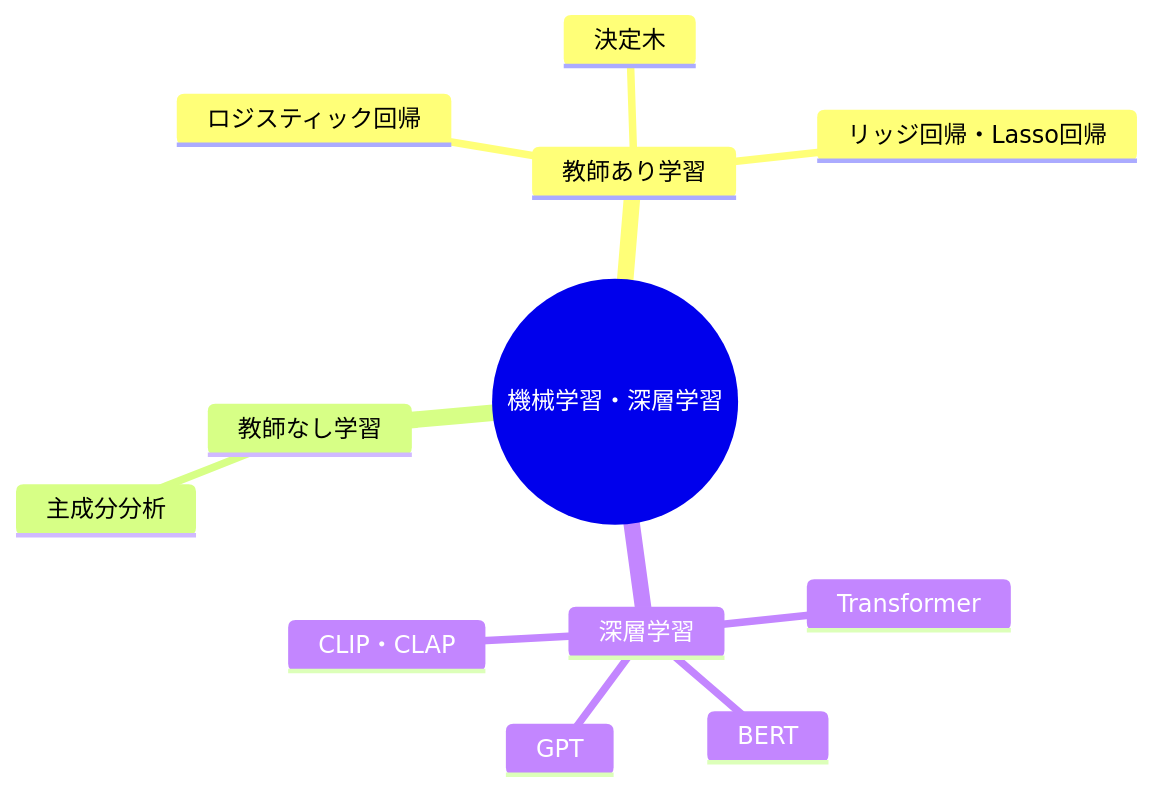
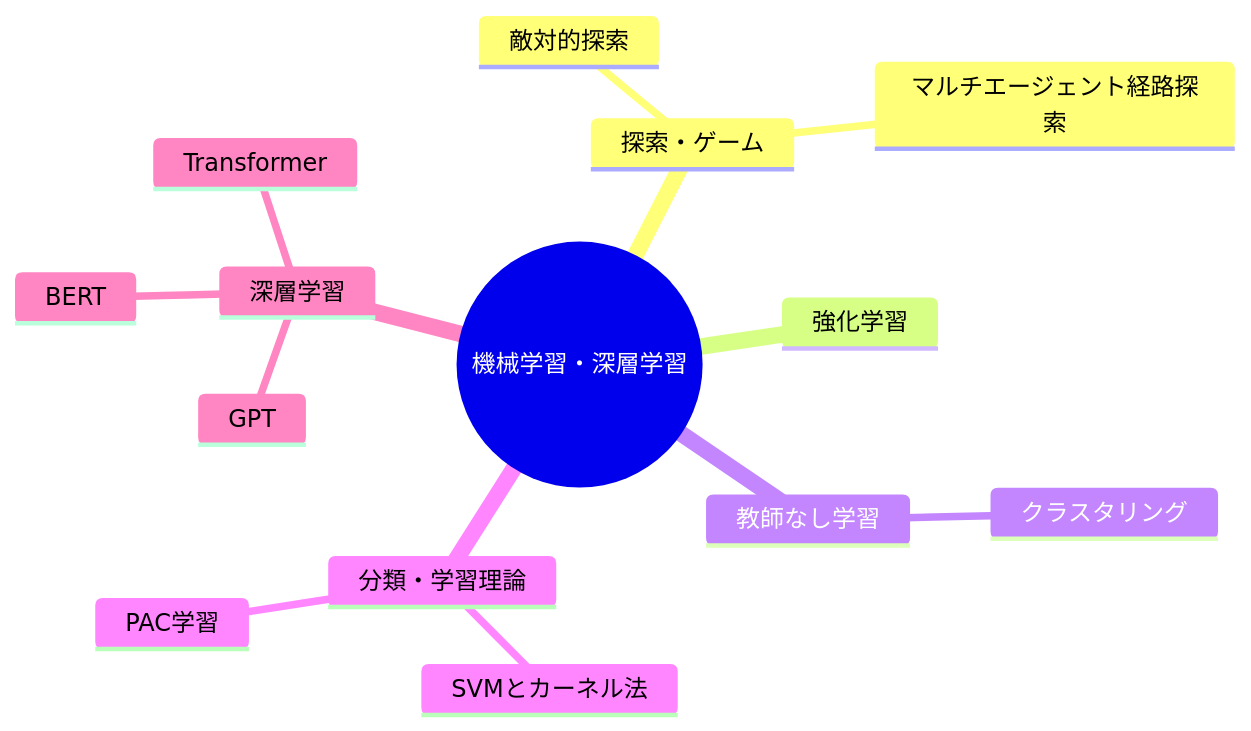
One commit to 97kuek/obsidian-vault changed the diagram in 20_Areas/機械学習・深層学習/【MOC】機械学習・深層学習.md. Above: the diagram before and after it, drawn with Mermaid. The commit also changed other lines of this file and 31 other files, not shown here.

````diff
--- a/20_Areas/機械学習・深層学習/【MOC】機械学習・深層学習.md
+++ b/20_Areas/機械学習・深層学習/【MOC】機械学習・深層学習.md
@@ -17,15 +17,17 @@
 ```mermaid
 mindmap
   root(("機械学習・深層学習"))
-    教師あり学習
-      ロジスティック回帰
-      リッジ回帰・Lasso回帰
-      決定木
+    探索・ゲーム
+      敵対的探索
+      マルチエージェント経路探索
+    強化学習
     教師なし学習
-      主成分分析
+      クラスタリング
+    分類・学習理論
+      SVMとカーネル法
+      PAC学習
     深層学習
       Transformer
       BERT
       GPT
-      CLIP・CLAP
 ```
````
